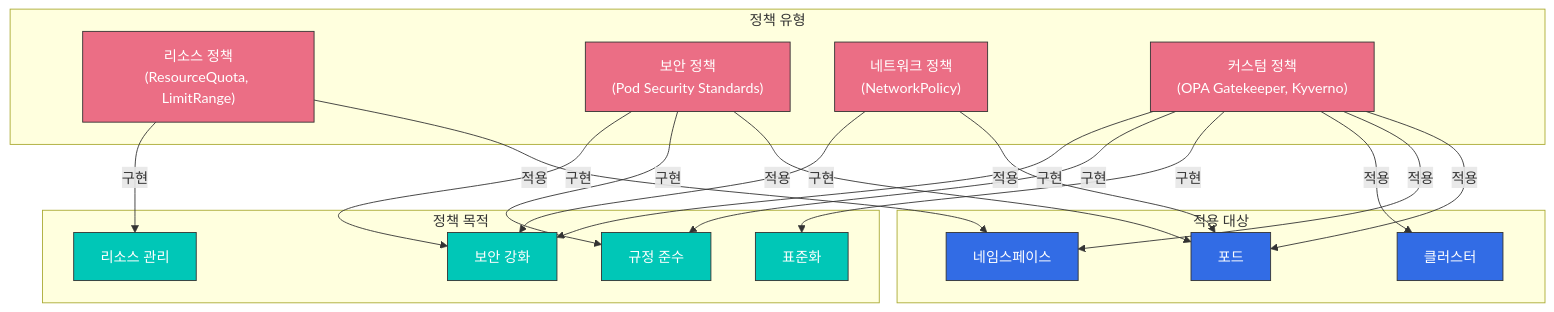
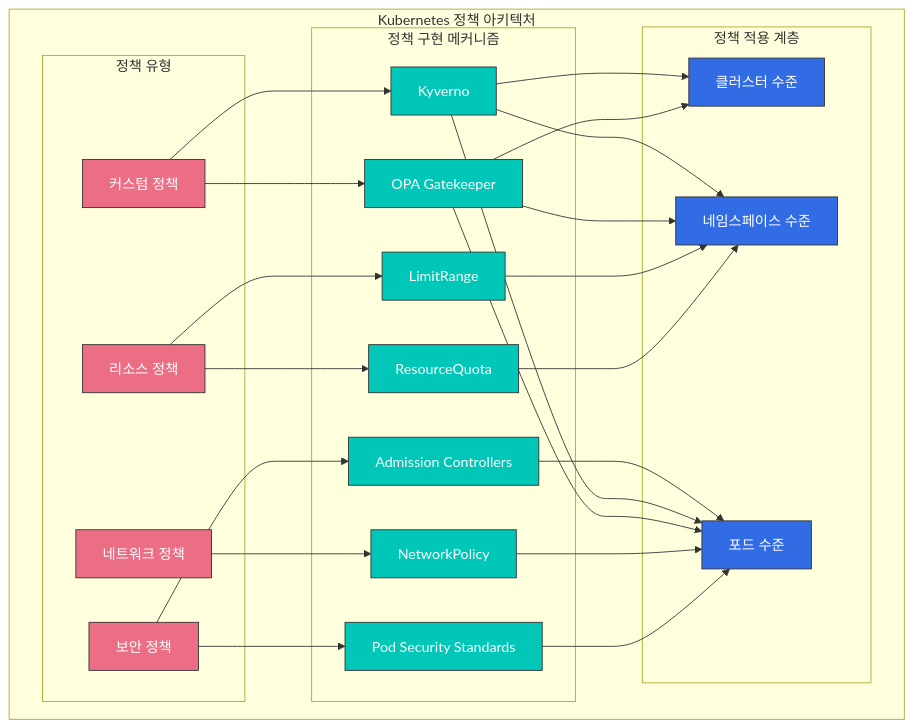
One commit to Atom-oh/kubernetes-docs changed the first of 6 diagrams in core/07-policies.md. Above: the diagram before and after it, drawn with Mermaid. The commit also changed other lines of this file, not shown here.

Commit message:
문서 개선: 정책 문서에 실습 환경 설정, 상세 정책 아키텍처 다이어그램 및 정책 유형 비교 표 추가, 최신 Kubernetes 버전 반영

````diff
--- a/core/07-policies.md
+++ b/core/07-policies.md
@@ -5,47 +58,57 @@
 ```mermaid
 graph TD
-    subgraph "정책 유형"
-        Resource["리소스 정책<br>(ResourceQuota, LimitRange)"]
-        Security["보안 정책<br>(Pod Security Standards)"]
-        Network["네트워크 정책<br>(NetworkPolicy)"]
-        Custom["커스텀 정책<br>(OPA Gatekeeper, Kyverno)"]
+    subgraph "Kubernetes 정책 아키텍처"
+        subgraph "정책 유형"
+            Resource["리소스 정책"]
+            Security["보안 정책"]
+            Network["네트워크 정책"]
+            Custom["커스텀 정책"]
+        end
+        
+        subgraph "정책 구현 메커니즘"
+            Quota["ResourceQuota"]
+            Limit["LimitRange"]
+            PSS["Pod Security Standards"]
+            NetPol["NetworkPolicy"]
+            OPA["OPA Gatekeeper"]
+            Kyverno["Kyverno"]
+            AdmCtrl["Admission Controllers"]
+        end
+        
+        subgraph "정책 적용 계층"
+            Cluster["클러스터 수준"]
+            NS["네임스페이스 수준"]
+            Pod["포드 수준"]
+        end
+        
+        Resource --> Quota
+        Resource --> Limit
+        Security --> PSS
+        Security --> AdmCtrl
+        Network --> NetPol
+        Custom --> OPA
+        Custom --> Kyverno
+        
+        Quota --> NS
+        Limit --> NS
+        PSS --> Pod
+        NetPol --> Pod
+        OPA --> Cluster
+        OPA --> NS
+        OPA --> Pod
+        Kyverno --> Cluster
+        Kyverno --> NS
+        Kyverno --> Pod
+        AdmCtrl --> Pod
     end
-    
-    subgraph "정책 목적"
-        Sec["보안 강화"]
-        Res["리소스 관리"]
-        Comp["규정 준수"]
-        Stand["표준화"]
-    end
-    
-    Resource -->|구현| Res
-    Security -->|구현| Sec
-    Security -->|구현| Comp
-    Network -->|구현| Sec
-    Custom -->|구현| Sec
-    Custom -->|구현| Comp
-    Custom -->|구현| Stand
-    
-    subgraph "적용 대상"
-        Cluster["클러스터"]
-        NS["네임스페이스"]
-        Pod["포드"]
-    end
-    
-    Resource -->|적용| NS
-    Security -->|적용| Pod
-    Network -->|적용| Pod
-    Custom -->|적용| Cluster
-    Custom -->|적용| NS
-    Custom -->|적용| Pod
     
     %% 스타일 정의
     classDef policyType fill:#EB6E85,stroke:#333,stroke-width:1px,color:white;
-    classDef policyPurpose fill:#00C7B7,stroke:#333,stroke-width:1px,color:white;
-    classDef k8sComponent fill:#326CE5,stroke:#333,stroke-width:1px,color:white;
+    classDef mechanism fill:#00C7B7,stroke:#333,stroke-width:1px,color:white;
+    classDef level fill:#326CE5,stroke:#333,stroke-width:1px,color:white;
     
     %% 클래스 적용
     class Resource,Security,Network,Custom policyType;
-    class Sec,Res,Comp,Stand policyPurpose;
-    class Cluster,NS,Pod k8sComponent;
+    class Quota,Limit,PSS,NetPol,OPA,Kyverno,AdmCtrl mechanism;
+    class Cluster,NS,Pod level;
 ```
````
